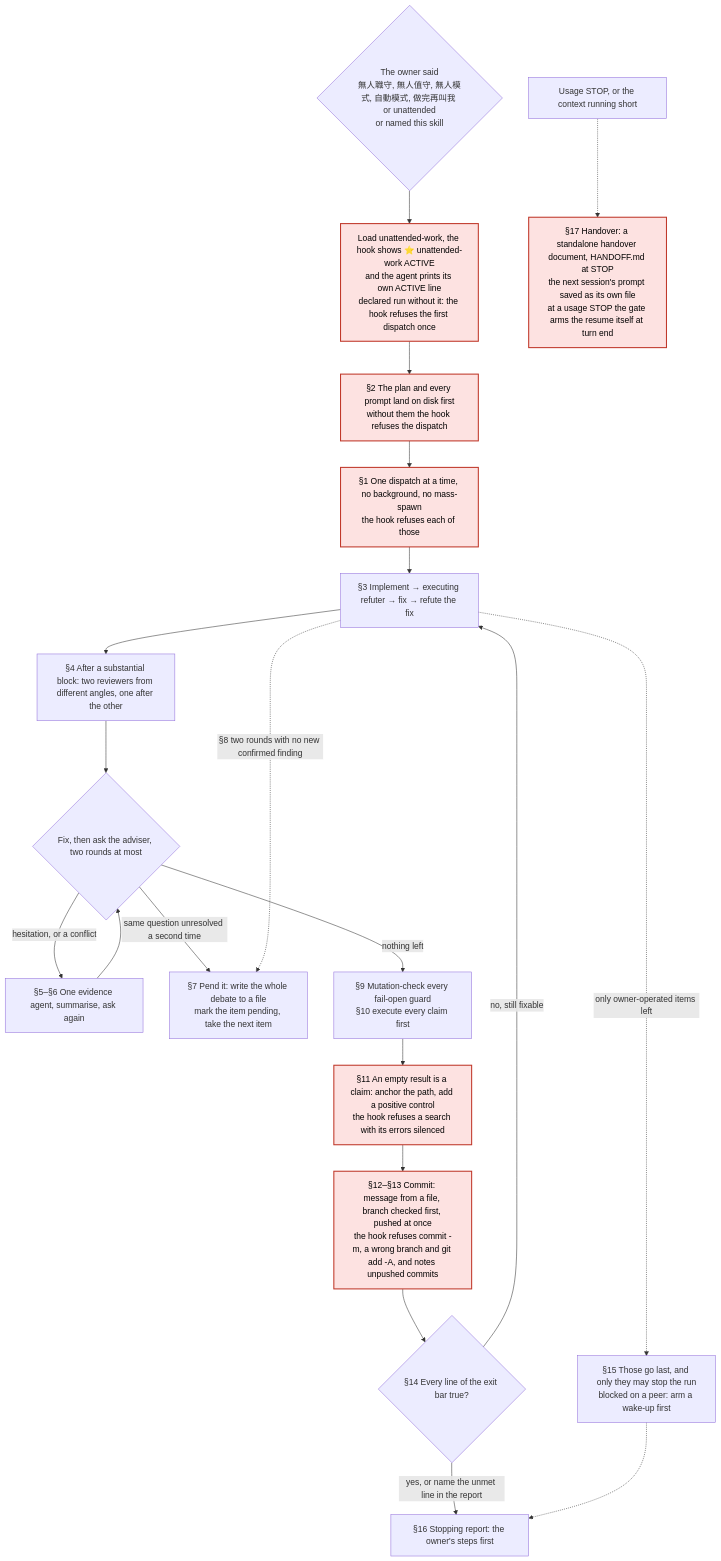
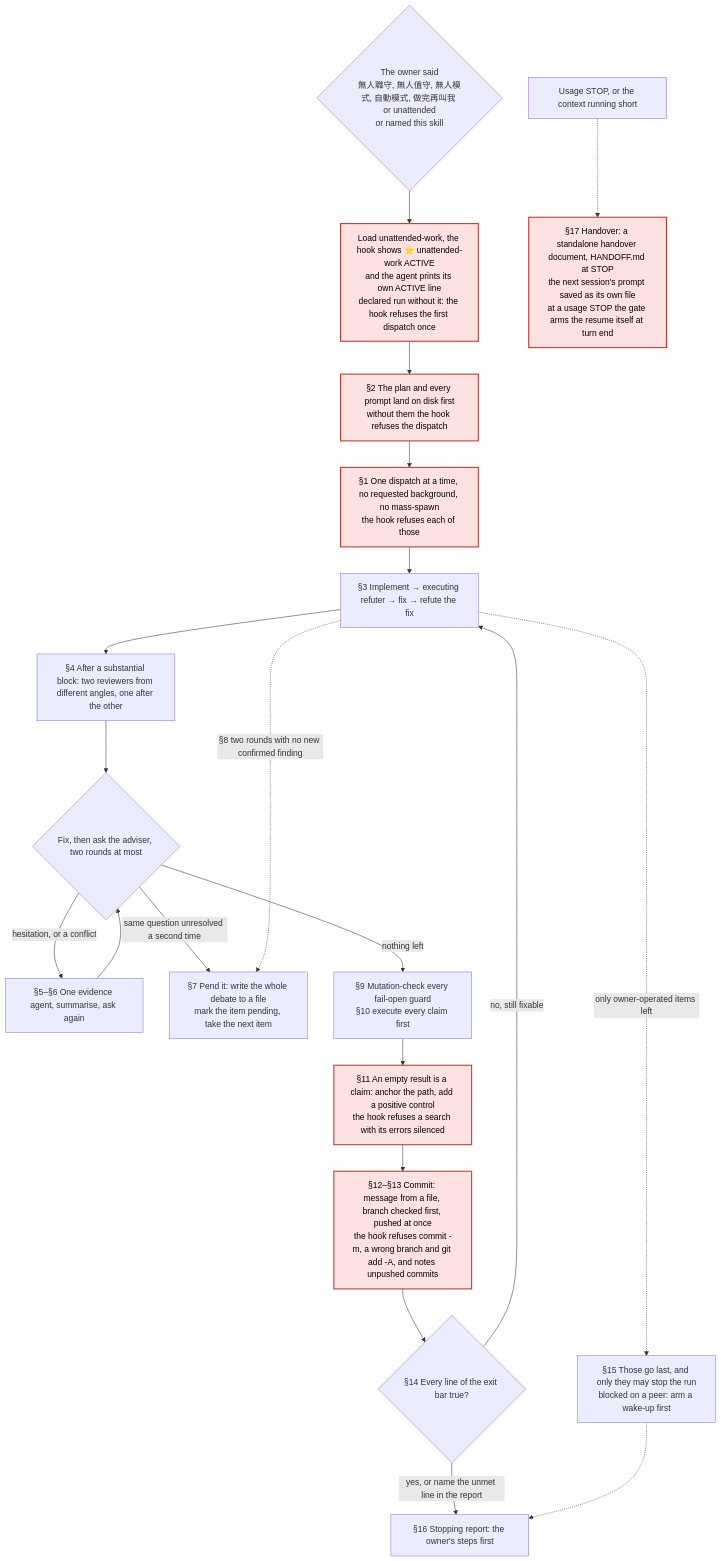
The fifth of 6 diagrams in README.md (Dino9021/dispatch-guard), drawn with Mermaid before and after one commit. The commit also changed other lines of this file and 10 other files, not shown here.

````diff
--- a/README.md
+++ b/README.md
@@ -2543,24 +2544,24 @@
 ```mermaid
 flowchart TD
   trigger{"The owner said<br/>無人職守, 無人值守, 無人模式, 自動模式, 做完再叫我 or unattended<br/>or named this skill"} --> loadUnattended["Load unattended-work, the hook shows ⭐ unattended-work ACTIVE<br/>and the agent prints its own ACTIVE line<br/>declared run without it: the hook refuses the first dispatch once"]
   loadUnattended --> planFirst["§2 The plan and every prompt land on disk first<br/>without them the hook refuses the dispatch"]
-  planFirst --> sequential["§1 One dispatch at a time, no background, no mass-spawn<br/>the hook refuses each of those"]
+  planFirst --> sequential["§1 One dispatch at a time, no requested background, no mass-spawn<br/>the hook refuses each of those"]
   sequential --> wave["§3 Implement → executing refuter → fix → refute the fix"]
   wave --> reviewers["§4 After a substantial block: two reviewers from different angles, one after the other"]
   reviewers --> adviser{"Fix, then ask the adviser, two rounds at most"}
   adviser -->|"hesitation, or a conflict"| debate["§5–§6 One evidence agent, summarise, ask again"]
   debate --> adviser
   adviser -->|"same question unresolved a second time"| pend["§7 Pend it: write the whole debate to a file<br/>mark the item pending, take the next item"]
   wave -.->|"§8 two rounds with no new confirmed finding"| pend
   adviser -->|"nothing left"| mutationCheck["§9 Mutation-check every fail-open guard<br/>§10 execute every claim first"]
   mutationCheck --> emptyResult["§11 An empty result is a claim: anchor the path, add a positive control<br/>the hook refuses a search with its errors silenced"]
   emptyResult --> commitRules["§12–§13 Commit: message from a file, branch checked first, pushed at once<br/>the hook refuses commit -m, a wrong branch and git add -A, and notes unpushed commits"]
   commitRules --> exitBar{"§14 Every line of the exit bar true?"}
   exitBar -->|"no, still fixable"| wave
   exitBar -->|"yes, or name the unmet line in the report"| stopReport["§16 Stopping report: the owner's steps first"]
   wave -.->|"only owner-operated items left"| lastItems["§15 Those go last, and only they may stop the run<br/>blocked on a peer: arm a wake-up first"]
   lastItems -.-> stopReport
   runningShort["Usage STOP, or the context running short"] -.-> handover["§17 Handover: a standalone handover document, HANDOFF.md at STOP<br/>the next session's prompt saved as its own file<br/>at a usage STOP the gate arms the resume itself at turn end"]
   class loadUnattended,planFirst,sequential,emptyResult,commitRules,handover gate
   classDef gate fill:#fde2e1,stroke:#c0392b,stroke-width:2px,color:#000
 ```
````
